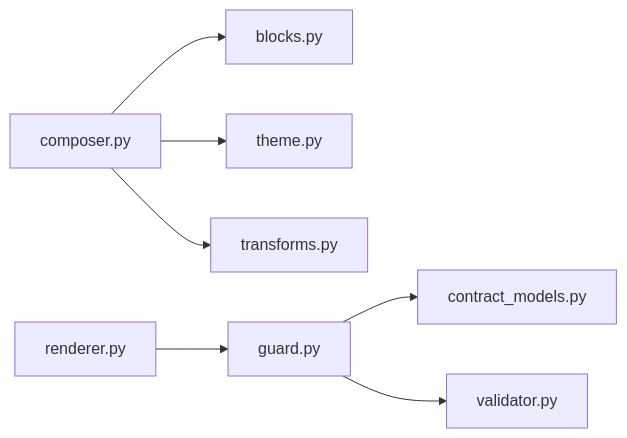
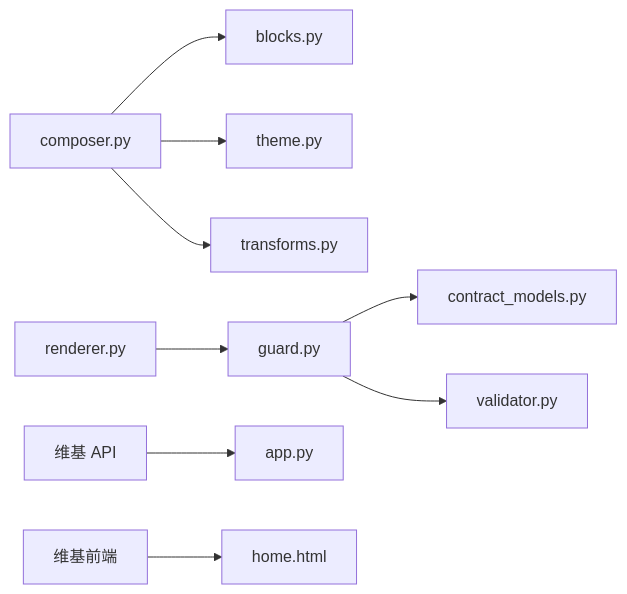
The eighth of 8 diagrams in repowiki/zh/content/A2UI 渲染系统/A2UI 渲染系统.md (YU-JI-KUI/ark-agentic), drawn with Mermaid before and after one commit. The commit also changed other lines of this file and 10 other files, not shown here.

````diff
--- a/repowiki/zh/content/A2UI 渲染系统/A2UI 渲染系统.md
+++ b/repowiki/zh/content/A2UI 渲染系统/A2UI 渲染系统.md
@@ -286,9 +383,11 @@
 ```mermaid
 graph LR
 composer["composer.py"] --> blocks["blocks.py"]
 composer --> theme["theme.py"]
 composer --> transforms["transforms.py"]
 guard["guard.py"] --> contract["contract_models.py"]
 guard --> validator["validator.py"]
 renderer["renderer.py"] --> guard
+wikiAPI["维基 API"] --> app["app.py"]
+wikiFrontend["维基前端"] --> homeHTML["home.html"]
 ```
````
